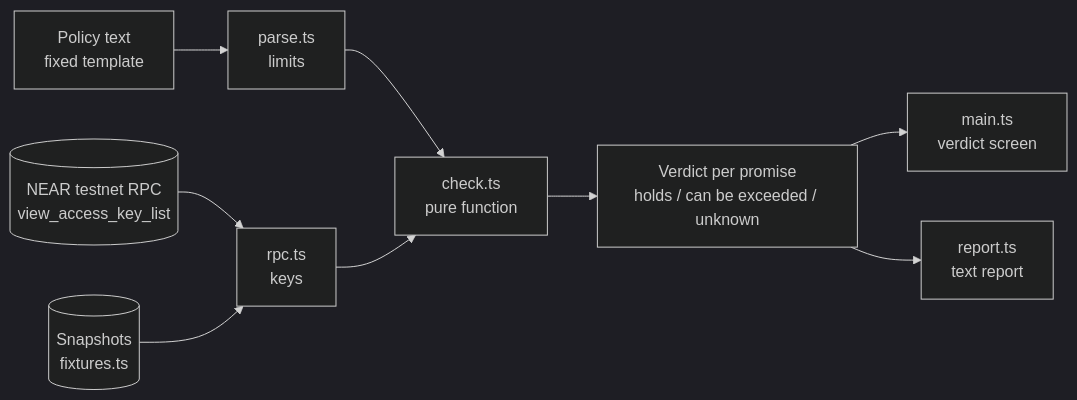
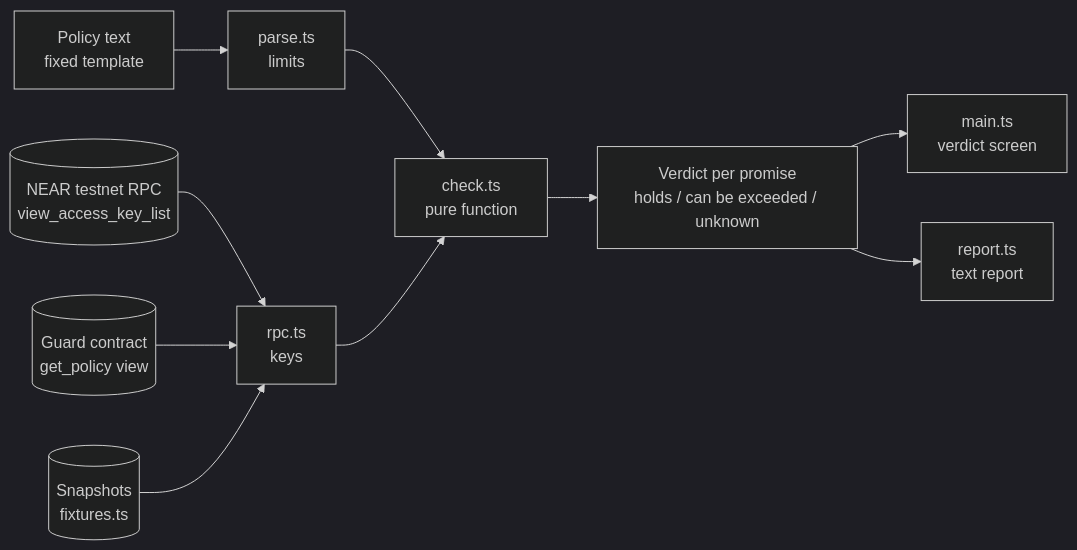
Before and after one commit to BenCoy09/keyproof: the diagram in README.md, drawn with Mermaid (dark theme). The commit also changed other lines of this file and 14 other files, not shown here.

````diff
--- a/README.md
+++ b/README.md
@@ -37,11 +37,12 @@
 ```mermaid
 flowchart LR
   P[Policy text<br/>fixed template] --> A[parse.ts<br/>limits]
   N[(NEAR testnet RPC<br/>view_access_key_list)] --> R[rpc.ts<br/>keys]
+  G[(Guard contract<br/>get_policy view)] --> R
   S[(Snapshots<br/>fixtures.ts)] --> R
   A --> C[check.ts<br/>pure function]
   R --> C
   C --> V[Verdict per promise<br/>holds / can be exceeded / unknown]
   V --> U[main.ts<br/>verdict screen]
   V --> T[report.ts<br/>text report]
 ```
````
